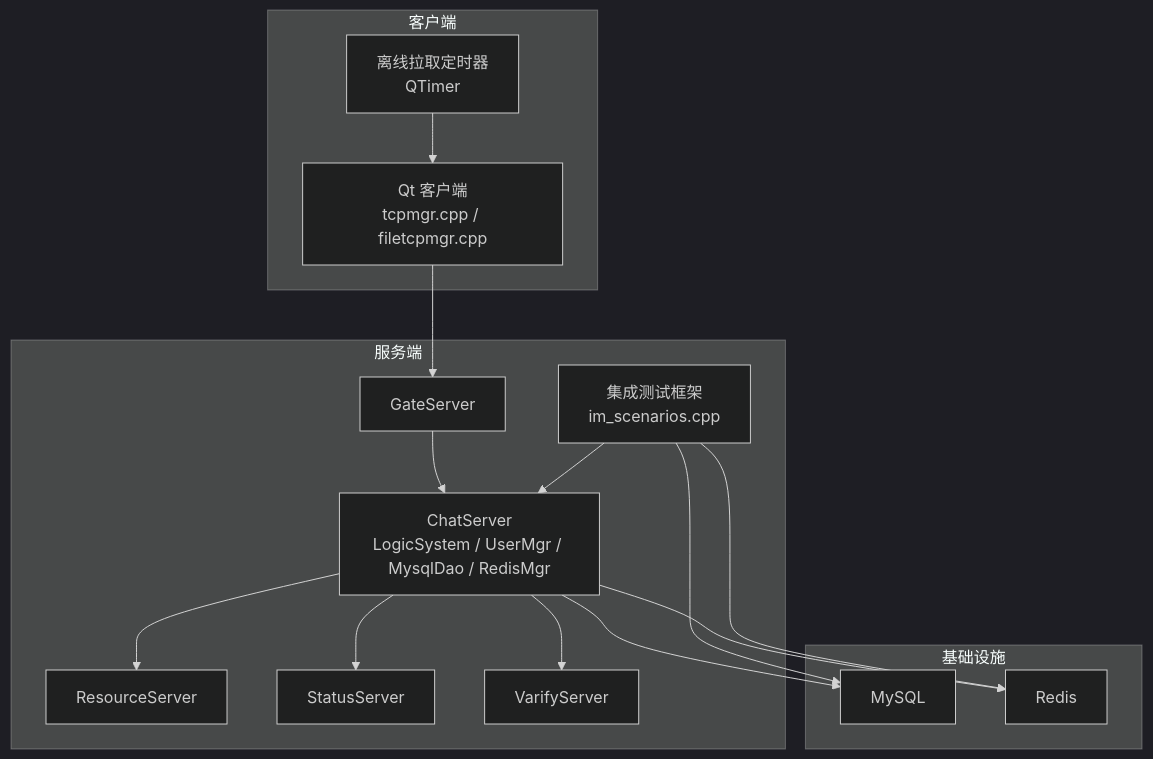
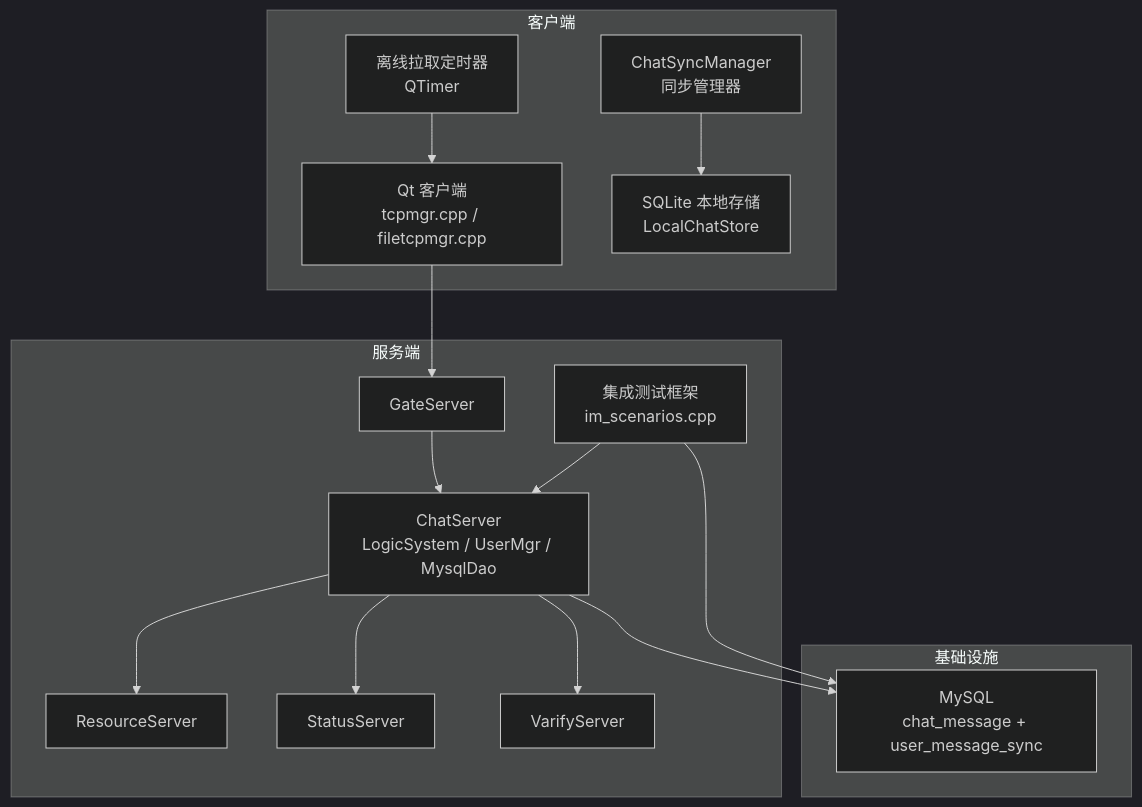
One commit to echo9923/mychatter changed the first of 11 diagrams in .qoder/repowiki/zh/content/核心功能模块/聊天消息系统/离线消息投递系统.md. Above: the diagram before and after it, drawn with Mermaid (dark theme). The commit also changed other lines of this file and 132 other files, not shown here.

````diff
--- a/.qoder/repowiki/zh/content/核心功能模块/聊天消息系统/离线消息投递系统.md
+++ b/.qoder/repowiki/zh/content/核心功能模块/聊天消息系统/离线消息投递系统.md
@@ -64,30 +64,30 @@
 ```mermaid
 graph TB
 subgraph "客户端"
 QT["Qt 客户端<br/>tcpmgr.cpp / filetcpmgr.cpp"]
+SyncMgr["ChatSyncManager<br/>同步管理器"]
+LocalDB["SQLite 本地存储<br/>LocalChatStore"]
 Timer["离线拉取定时器<br/>QTimer"]
 end
 subgraph "服务端"
 Gate["GateServer"]
-Chat["ChatServer<br/>LogicSystem / UserMgr / MysqlDao / RedisMgr"]
+Chat["ChatServer<br/>LogicSystem / UserMgr / MysqlDao"]
 Res["ResourceServer"]
 Status["StatusServer"]
 Verify["VarifyServer"]
 Test["集成测试框架<br/>im_scenarios.cpp"]
 end
 subgraph "基础设施"
-MySQL["MySQL"]
-Redis["Redis"]
+MySQL["MySQL<br/>chat_message + user_message_sync"]
 end
 QT --> Gate
 Gate --> Chat
 Chat --> MySQL
-Chat --> Redis
 Chat --> Res
 Chat --> Status
 Chat --> Verify
 Test --> Chat
 Test --> MySQL
-Test --> Redis
+SyncMgr --> LocalDB
 Timer --> QT
 ```
````
